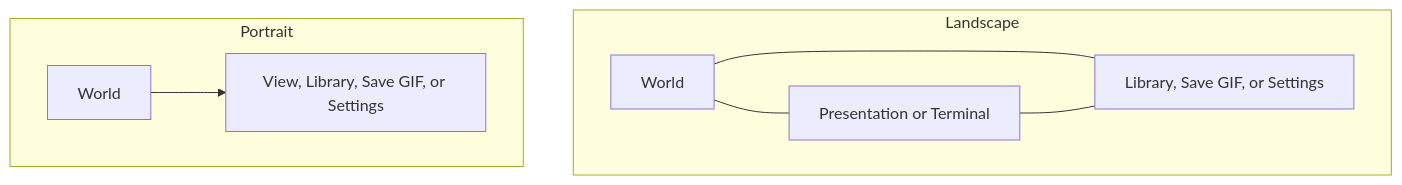
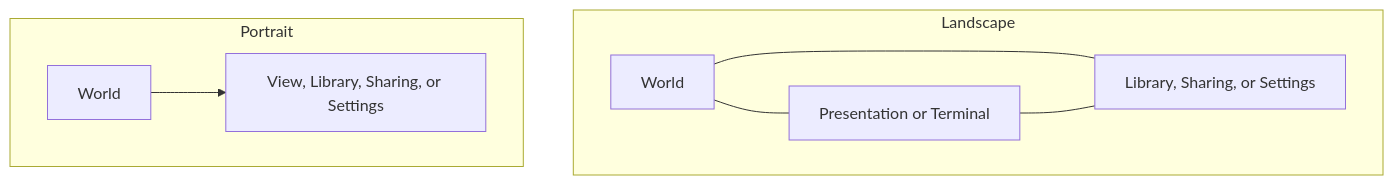
The fifth of 7 diagrams in docs/wiki/Guides/UiSystem.md (derekshoneycutt/Euclid), drawn with Mermaid before and after one commit. The commit also changed other lines of this file and 38 other files, not shown here.

Commit message:
Add Save PNG feature, make accordion section "Sharing"

````diff
--- a/docs/wiki/Guides/UiSystem.md
+++ b/docs/wiki/Guides/UiSystem.md
@@ -290,16 +290,16 @@
 ```mermaid
 flowchart TB
     subgraph Landscape
         LWorld[World]
         LView[Presentation or Terminal]
-        LAccordion[Library, Save GIF, or Settings]
+        LAccordion[Library, Sharing, or Settings]
         LWorld --- LView
         LWorld --- LAccordion
         LView --- LAccordion
     end
     subgraph Portrait
         PWorld[World]
-        PAccordion[View, Library, Save GIF, or Settings]
+        PAccordion[View, Library, Sharing, or Settings]
         PWorld --> PAccordion
     end
 ```
````
